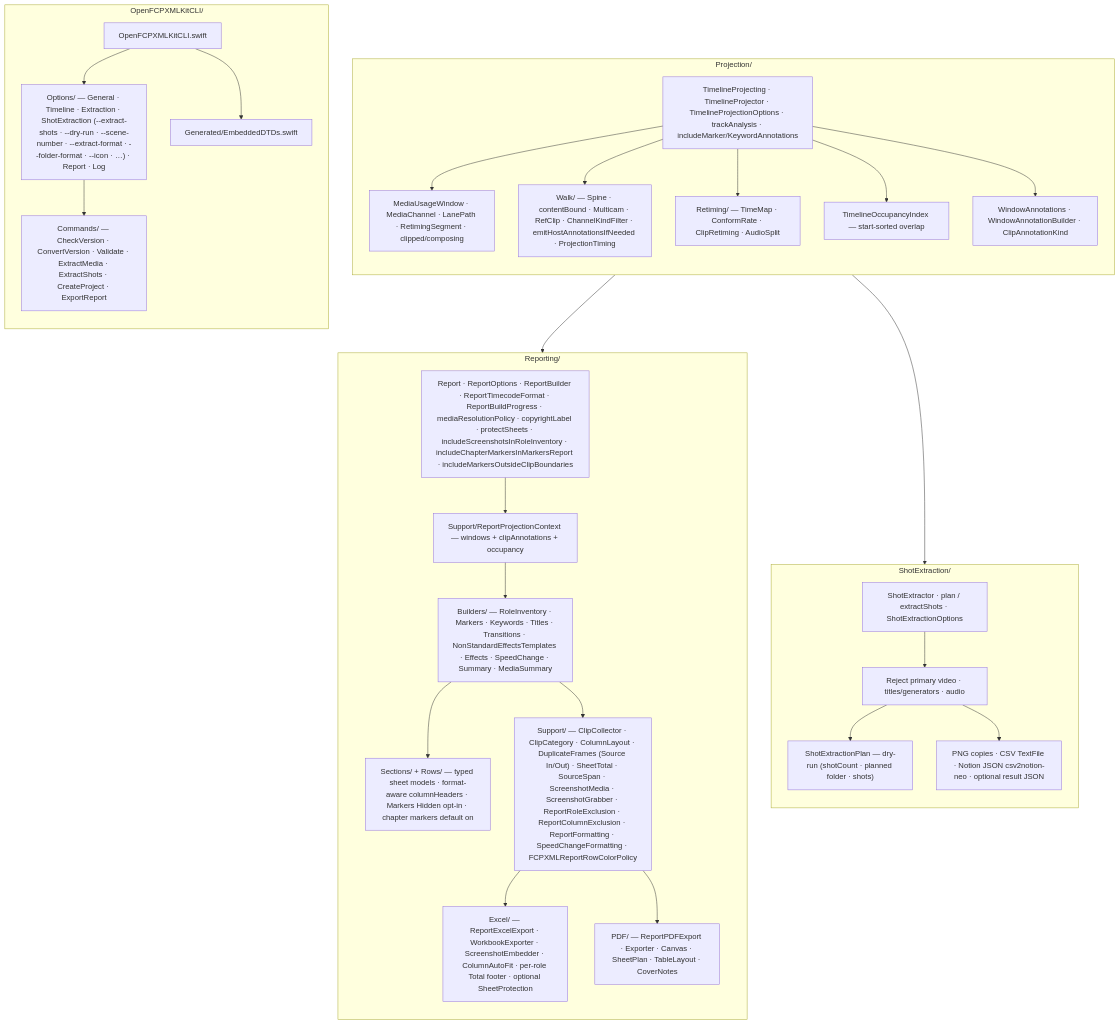
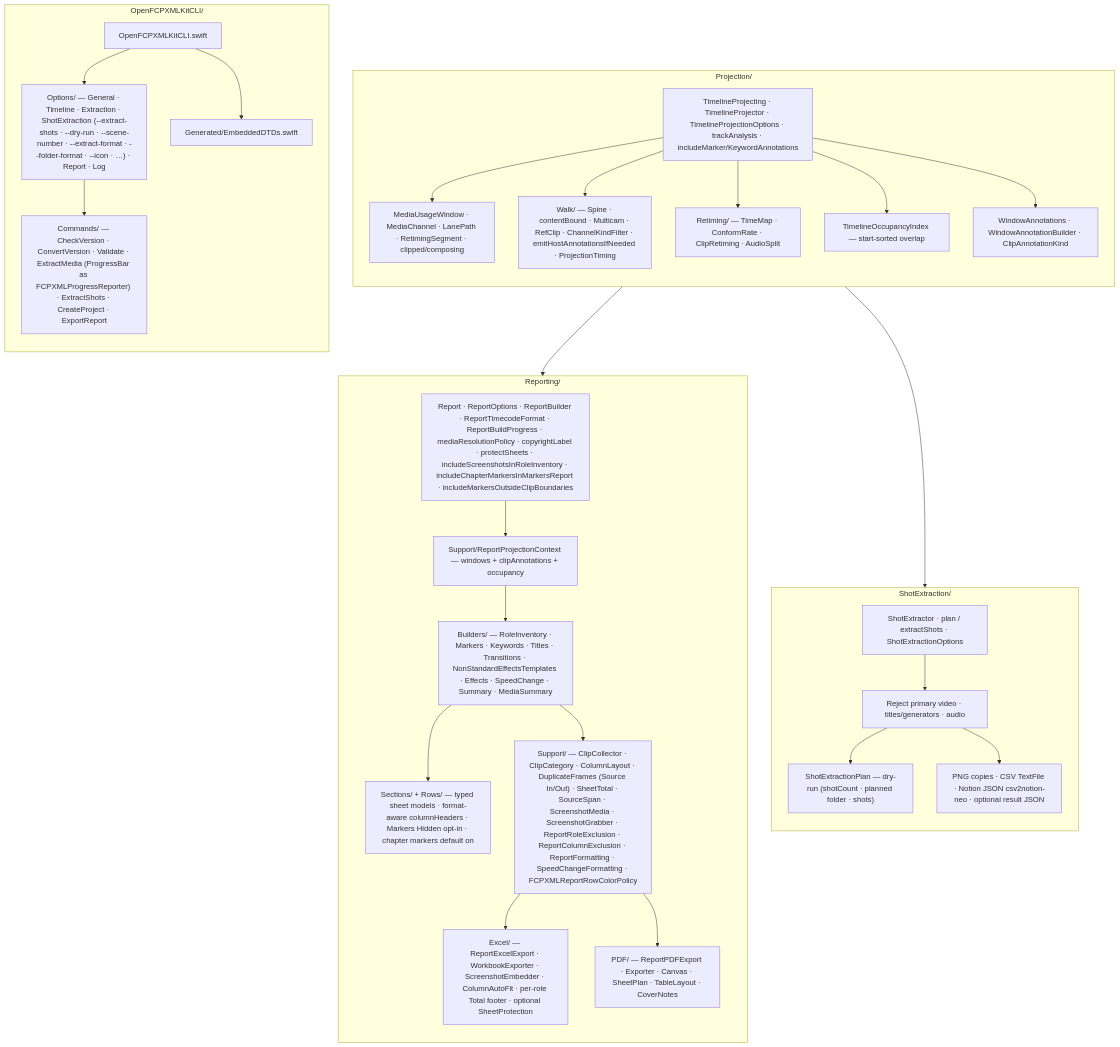
The fifth of 6 diagrams in ARCHITECTURE.md (TheAcharya/OpenFCPXMLKit), drawn with Mermaid before and after one commit. The commit also changed other lines of this file and 18 other files, not shown here.

First line of the commit message:
Sync FCPXMLProgressReporter and media-processing docs.

````diff
--- a/ARCHITECTURE.md
+++ b/ARCHITECTURE.md
@@ -346,56 +348,56 @@
 ```mermaid
 flowchart TB
     subgraph PRJ_DETAIL["Projection/"]
         direction TB
         P_API["TimelineProjecting · TimelineProjector · TimelineProjectionOptions · trackAnalysis · includeMarker/KeywordAnnotations"]
         P_WIN["MediaUsageWindow · MediaChannel · LanePath · RetimingSegment · clipped/composing"]
         P_WALK["Walk/ — Spine · contentBound · Multicam · RefClip · ChannelKindFilter · emitHostAnnotationsIfNeeded · ProjectionTiming"]
         P_RET["Retiming/ — TimeMap · ConformRate · ClipRetiming · AudioSplit"]
         P_OCC["TimelineOccupancyIndex — start-sorted overlap"]
         P_ANN["WindowAnnotations · WindowAnnotationBuilder · ClipAnnotationKind"]
         P_API --> P_WIN
         P_API --> P_WALK
         P_API --> P_RET
         P_API --> P_OCC
         P_API --> P_ANN
     end
 
     subgraph REP_DETAIL["Reporting/"]
         direction TB
         R_TOP["Report · ReportOptions · ReportBuilder · ReportTimecodeFormat · ReportBuildProgress · mediaResolutionPolicy · copyrightLabel · protectSheets · includeScreenshotsInRoleInventory · includeChapterMarkersInMarkersReport · includeMarkersOutsideClipBoundaries"]
         R_CTX["Support/ReportProjectionContext — windows + clipAnnotations + occupancy"]
         R_BLD["Builders/ — RoleInventory · Markers · Keywords · Titles · Transitions · NonStandardEffectsTemplates · Effects · SpeedChange · Summary · MediaSummary"]
         R_SEC["Sections/ + Rows/ — typed sheet models · format-aware columnHeaders · Markers Hidden opt-in · chapter markers default on"]
         R_SUP["Support/ — ClipCollector · ClipCategory · ColumnLayout · DuplicateFrames (Source In/Out) · SheetTotal · SourceSpan · ScreenshotMedia · ScreenshotGrabber · ReportRoleExclusion · ReportColumnExclusion · ReportFormatting · SpeedChangeFormatting · FCPXMLReportRowColorPolicy"]
         R_XLS["Excel/ — ReportExcelExport · WorkbookExporter · ScreenshotEmbedder · ColumnAutoFit · per-role Total footer · optional SheetProtection"]
         R_PDF["PDF/ — ReportPDFExport · Exporter · Canvas · SheetPlan · TableLayout · CoverNotes"]
         R_TOP --> R_CTX --> R_BLD --> R_SEC
         R_BLD --> R_SUP
         R_SUP --> R_XLS
         R_SUP --> R_PDF
     end
 
     PRJ_DETAIL --> REP_DETAIL
     PRJ_DETAIL --> SHOT_DETAIL
 
     subgraph SHOT_DETAIL["ShotExtraction/"]
         direction TB
         S_API["ShotExtractor · plan / extractShots · ShotExtractionOptions"]
         S_PLAN["ShotExtractionPlan — dry-run (shotCount · planned folder · shots)"]
         S_VAL["Reject primary video · titles/generators · audio"]
         S_OUT["PNG copies · CSV TextFile · Notion JSON csv2notion-neo · optional result JSON"]
         S_API --> S_VAL
         S_VAL --> S_PLAN
         S_VAL --> S_OUT
     end
 
     subgraph CLI_DETAIL["OpenFCPXMLKitCLI/"]
         direction TB
         C_ROOT["OpenFCPXMLKitCLI.swift"]
         C_OPT["Options/ — General · Timeline · Extraction · ShotExtraction (--extract-shots · --dry-run · --scene-number · --extract-format · --folder-format · --icon · …) · Report · Log"]
-        C_CMD["Commands/ — CheckVersion · ConvertVersion · Validate · ExtractMedia · ExtractShots · CreateProject · ExportReport"]
+        C_CMD["Commands/ — CheckVersion · ConvertVersion · Validate · ExtractMedia (ProgressBar as FCPXMLProgressReporter) · ExtractShots · CreateProject · ExportReport"]
         C_GEN["Generated/EmbeddedDTDs.swift"]
         C_ROOT --> C_OPT --> C_CMD
         C_ROOT --> C_GEN
     end
 ```
````
